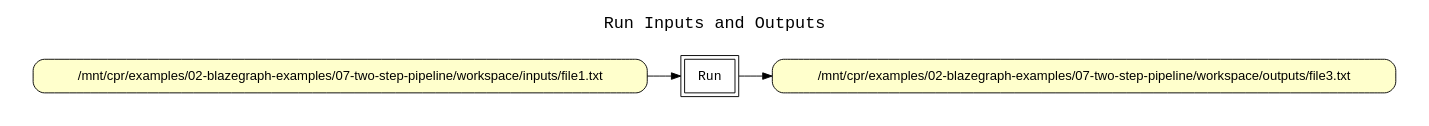
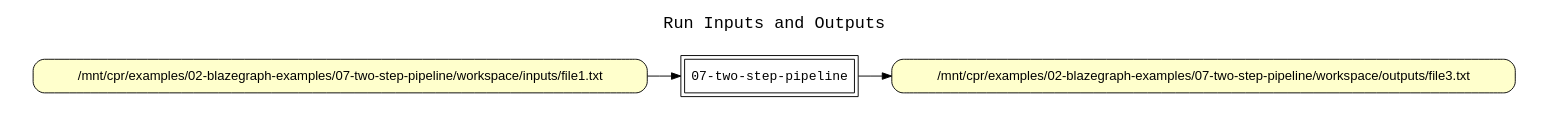
Before and after one commit to CIRSS/cpr: the diagram in examples/02-blazegraph-examples/07-two-step-pipeline/run/graph-1.gv, drawn with Graphviz. The commit also changed other lines of this file and 58 other files, not shown here.

```diff
--- a/examples/02-blazegraph-examples/07-two-step-pipeline/run/graph-1.gv
+++ b/examples/02-blazegraph-examples/07-two-step-pipeline/run/graph-1.gv
@@ -1,34 +1,35 @@
+
 
 digraph cpr_run {
 rankdir=LR
 fontname=Courier; fontsize=18; labelloc=t
 label="Run Inputs and Outputs"
 
 node[shape=box style="filled" fillcolor="#FFFFFF" peripheries=2 fontname=Courier]
-Run
+"run" [label="07-two-step-pipeline"]
 
 subgraph cluster_input_files { label=""; color=white; penwidth=0
 subgraph cluster_input_files_inner { label=""; color=white
 node[shape=box style="rounded,filled" fillcolor="#FFFFCC" peripheries=1 fontname=Helvetica]
 
 "/mnt/cpr/examples/02-blazegraph-examples/07-two-step-pipeline/workspace/inputs/file1.txt" [label="/mnt/cpr/examples/02-blazegraph-examples/07-two-step-pipeline/workspace/inputs/file1.txt"]
 
 }}
 
 
-"/mnt/cpr/examples/02-blazegraph-examples/07-two-step-pipeline/workspace/inputs/file1.txt" -> "Run"
+"/mnt/cpr/examples/02-blazegraph-examples/07-two-step-pipeline/workspace/inputs/file1.txt" -> "run"
 
 
 subgraph cluster_output_files { label=""; color=white; penwidth=0
 subgraph cluster_output_files_inner { label=""; color=white
 node[shape=box style="rounded,filled" fillcolor="#FFFFCC" peripheries=1 fontname=Helvetica]
 
 "/mnt/cpr/examples/02-blazegraph-examples/07-two-step-pipeline/workspace/outputs/file3.txt" [label="/mnt/cpr/examples/02-blazegraph-examples/07-two-step-pipeline/workspace/outputs/file3.txt"]
 
 }}
 
 
-"Run" -> "/mnt/cpr/examples/02-blazegraph-examples/07-two-step-pipeline/workspace/outputs/file3.txt"
+"run" -> "/mnt/cpr/examples/02-blazegraph-examples/07-two-step-pipeline/workspace/outputs/file3.txt"
 
 
 }
```
